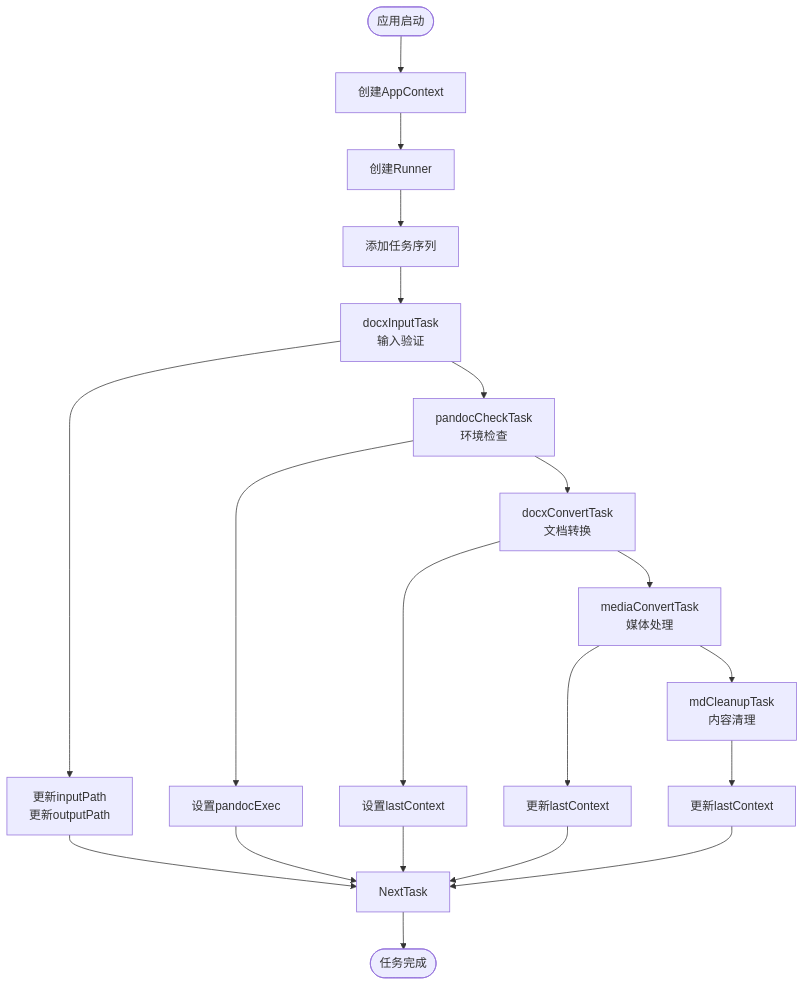
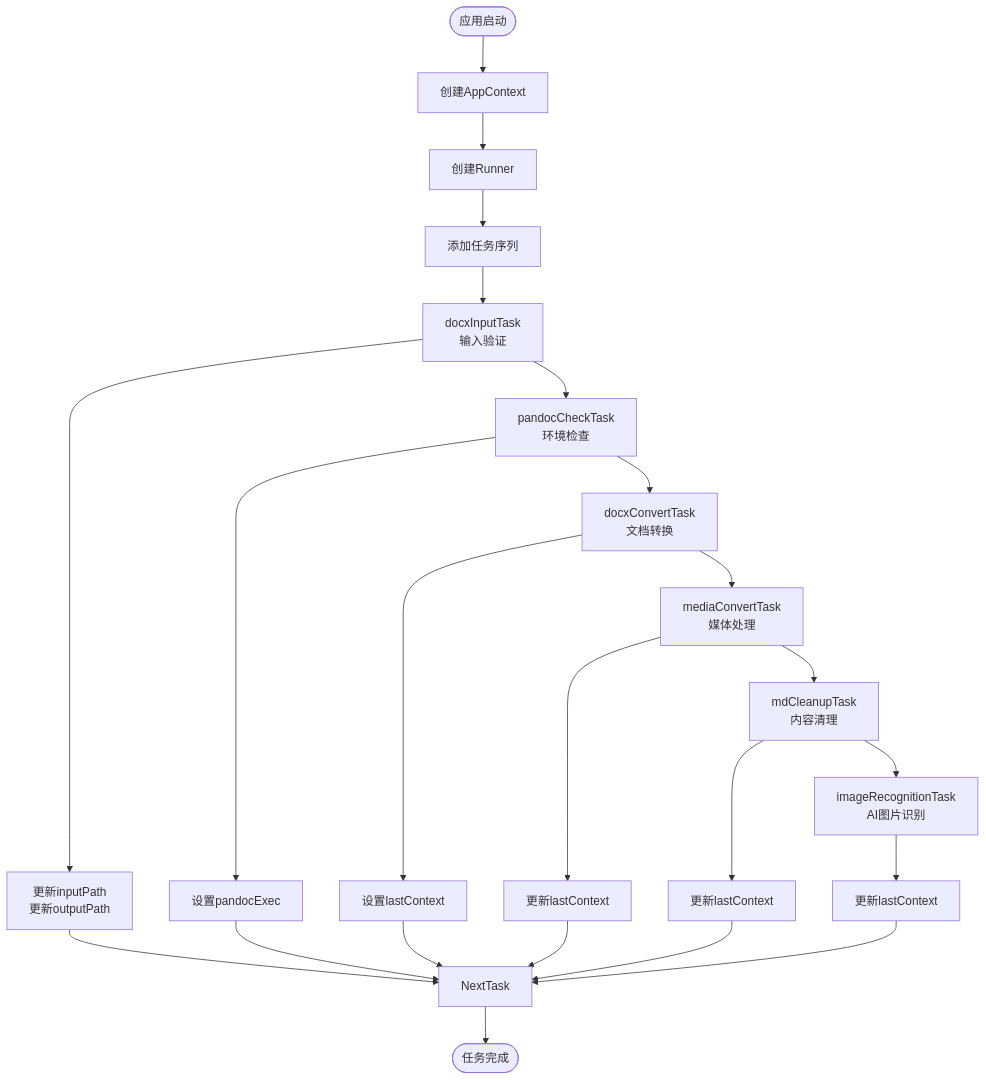
One commit to hllshiro/doc2md-cli changed the third of 9 diagrams in .qoder/repowiki/zh/content/API 参考文档/核心接口定义.md. Above: the diagram before and after it, drawn with Mermaid. The commit also changed other lines of this file and 5 other files, not shown here.

````diff
--- a/.qoder/repowiki/zh/content/API 参考文档/核心接口定义.md
+++ b/.qoder/repowiki/zh/content/API 参考文档/核心接口定义.md
@@ -138,22 +150,25 @@
 ```mermaid
 flowchart TD
 Start([应用启动]) --> CreateCtx[创建AppContext]
 CreateCtx --> CreateRunner[创建Runner]
 CreateRunner --> AddTasks[添加任务序列]
 AddTasks --> Task1[docxInputTask<br/>输入验证]
 Task1 --> Task2[pandocCheckTask<br/>环境检查]
 Task2 --> Task3[docxConvertTask<br/>文档转换]
 Task3 --> Task4[mediaConvertTask<br/>媒体处理]
 Task4 --> Task5[mdCleanupTask<br/>内容清理]
+Task5 --> Task6[imageRecognitionTask<br/>AI图片识别]
 Task1 --> UpdateCtx1[更新inputPath<br/>更新outputPath]
 Task2 --> UpdateCtx2[设置pandocExec]
 Task3 --> UpdateCtx3[设置lastContext]
 Task4 --> UpdateCtx4[更新lastContext]
 Task5 --> UpdateCtx5[更新lastContext]
+Task6 --> UpdateCtx6[更新lastContext]
 UpdateCtx1 --> NextTask
 UpdateCtx2 --> NextTask
 UpdateCtx3 --> NextTask
 UpdateCtx4 --> NextTask
 UpdateCtx5 --> NextTask
+UpdateCtx6 --> NextTask
 NextTask --> End([任务完成])
 ```
````
